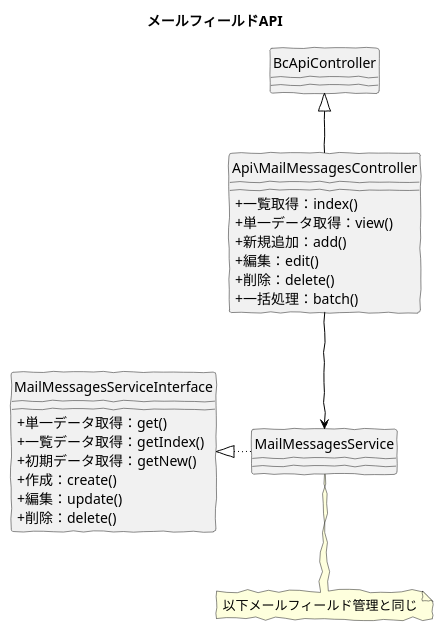
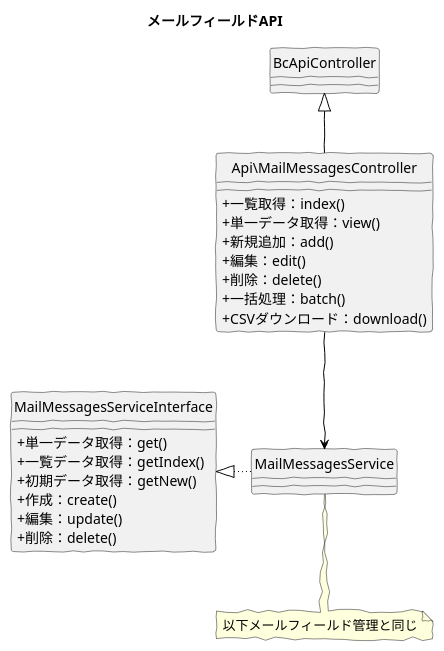
The diagram in src/puml/5/ucmitz/svg/class/bc-mail/api_mail_messages.puml (baserproject/baserproject.github.io), drawn with PlantUML before and after one commit. The commit also changed 1 other file, not shown here.

```diff
--- a/src/puml/5/ucmitz/svg/class/bc-mail/api_mail_messages.puml
+++ b/src/puml/5/ucmitz/svg/class/bc-mail/api_mail_messages.puml
@@ -1,34 +1,35 @@
 @startuml
 skinparam handwritten true
 skinparam backgroundColor white
 hide circle
 skinparam classAttributeIconSize 0
 
 title メールフィールドAPI
 
 class Api\MailMessagesController {
   + 一覧取得：index()
   + 単一データ取得：view()
   + 新規追加：add()
   + 編集：edit()
   + 削除：delete()
   + 一括処理：batch()
+  + CSVダウンロード：download()
 }
 
 class MailMessagesServiceInterface {
   + 単一データ取得：get()
   + 一覧データ取得：getIndex()
   + 初期データ取得：getNew()
   + 作成：create()
   + 編集：update()
   + 削除：delete()
 }
 
 Api\MailMessagesController -down[#Black]-> MailMessagesService
 Api\MailMessagesController -up[#Black]-|> BcApiController
 MailMessagesService -left[dotted,#Black]-|> MailMessagesServiceInterface
 
 note "以下メールフィールド管理と同じ" as note
 MailMessagesService .. note
 
 @enduml
```
